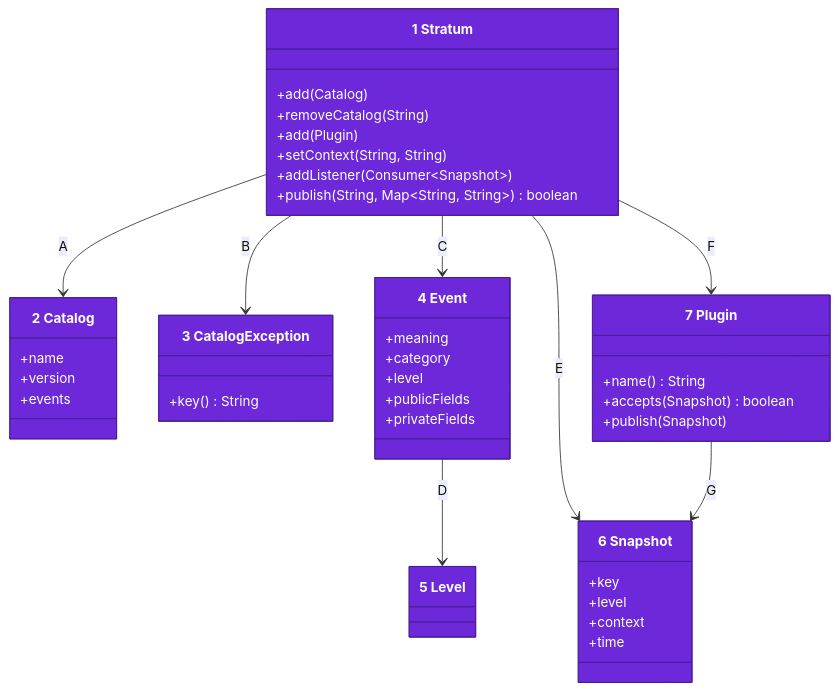
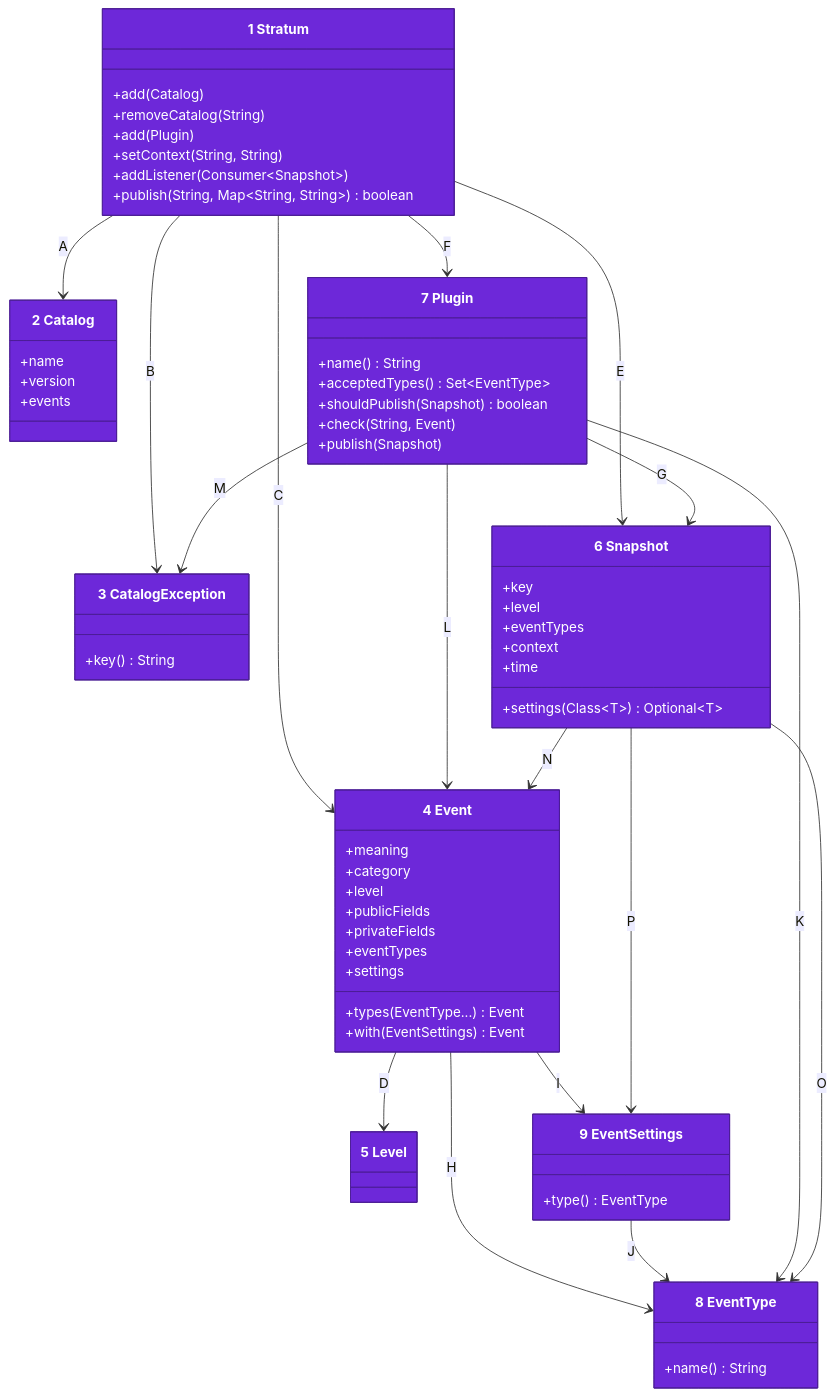
Before and after one commit to may-journal/Stratum-Observability-Java: the first of 2 diagrams in docs/architecture/04-code.md, drawn with Mermaid. The commit also changed other lines of this file and 23 other files, not shown here.

First line of the commit message:
feat(core): route events to plugins by event type

````diff
--- a/docs/architecture/04-code.md
+++ b/docs/architecture/04-code.md
@@ -5,54 +5,79 @@
 ```mermaid
 classDiagram
     class Stratum["1 Stratum"] {
         +add(Catalog)
         +removeCatalog(String)
         +add(Plugin)
         +setContext(String, String)
         +addListener(Consumer~Snapshot~)
         +publish(String, Map~String, String~) boolean
     }
     class Catalog["2 Catalog"] {
         +name
         +version
         +events
     }
     class CatalogException["3 CatalogException"] {
         +key() String
     }
     class Event["4 Event"] {
         +meaning
         +category
         +level
         +publicFields
         +privateFields
+        +eventTypes
+        +settings
+        +types(EventType...) Event
+        +with(EventSettings) Event
     }
     class Level["5 Level"]
     class Snapshot["6 Snapshot"] {
         +key
         +level
+        +eventTypes
+        +settings(Class~T~) Optional~T~
         +context
         +time
     }
     class Plugin["7 Plugin"] {
         +name() String
-        +accepts(Snapshot) boolean
+        +acceptedTypes() Set~EventType~
+        +shouldPublish(Snapshot) boolean
+        +check(String, Event)
         +publish(Snapshot)
+    }
+    class EventType["8 EventType"] {
+        +name() String
+    }
+    class EventSettings["9 EventSettings"] {
+        +type() EventType
     }
 
     Stratum --> Catalog : A
     Stratum --> CatalogException : B
     Stratum --> Event : C
     Event --> Level : D
     Stratum --> Snapshot : E
     Stratum --> Plugin : F
     Plugin --> Snapshot : G
+    Event --> EventType : H
+    Event --> EventSettings : I
+    EventSettings --> EventType : J
+    Plugin --> EventType : K
+    Plugin --> Event : L
+    Plugin --> CatalogException : M
+    Snapshot --> Event : N
+    Snapshot --> EventType : O
+    Snapshot --> EventSettings : P
 
     style Stratum fill:#6d28d9,stroke:#4c1d95,color:#ffffff
     style Catalog fill:#6d28d9,stroke:#4c1d95,color:#ffffff
     style CatalogException fill:#6d28d9,stroke:#4c1d95,color:#ffffff
     style Event fill:#6d28d9,stroke:#4c1d95,color:#ffffff
     style Level fill:#6d28d9,stroke:#4c1d95,color:#ffffff
     style Snapshot fill:#6d28d9,stroke:#4c1d95,color:#ffffff
     style Plugin fill:#6d28d9,stroke:#4c1d95,color:#ffffff
+    style EventType fill:#6d28d9,stroke:#4c1d95,color:#ffffff
+    style EventSettings fill:#6d28d9,stroke:#4c1d95,color:#ffffff
 ```
````
